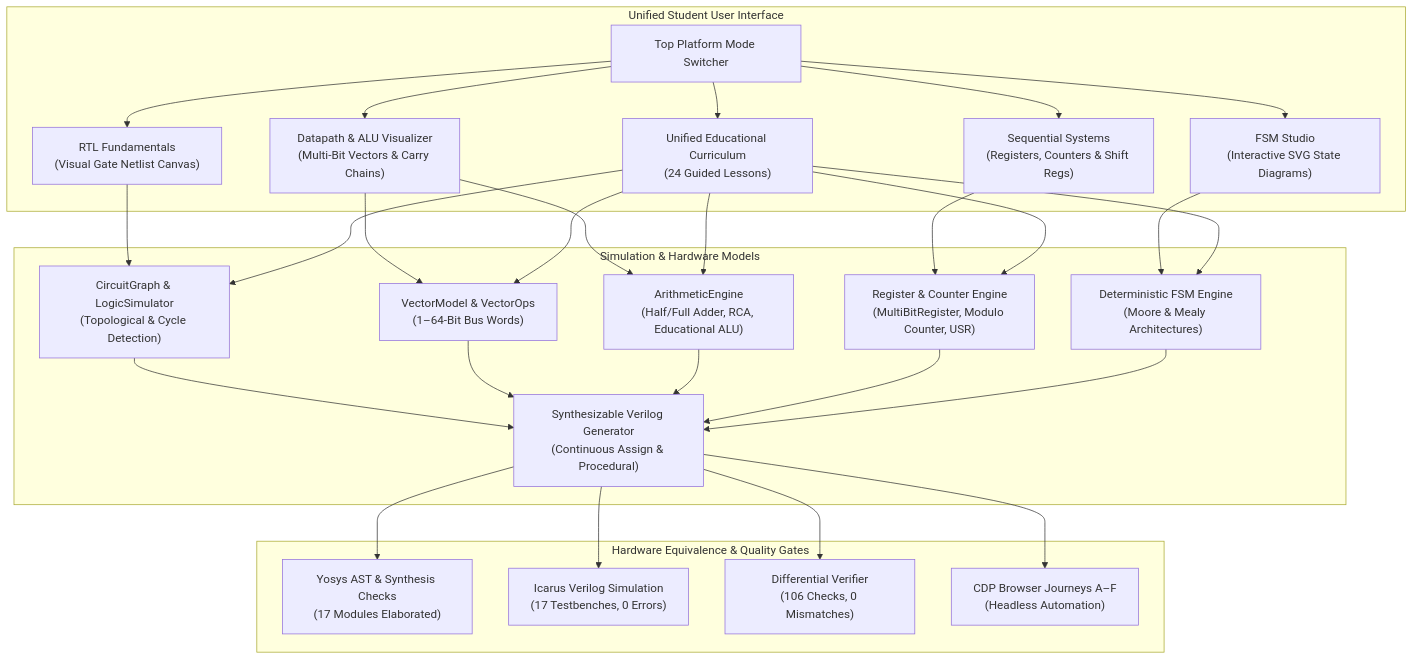
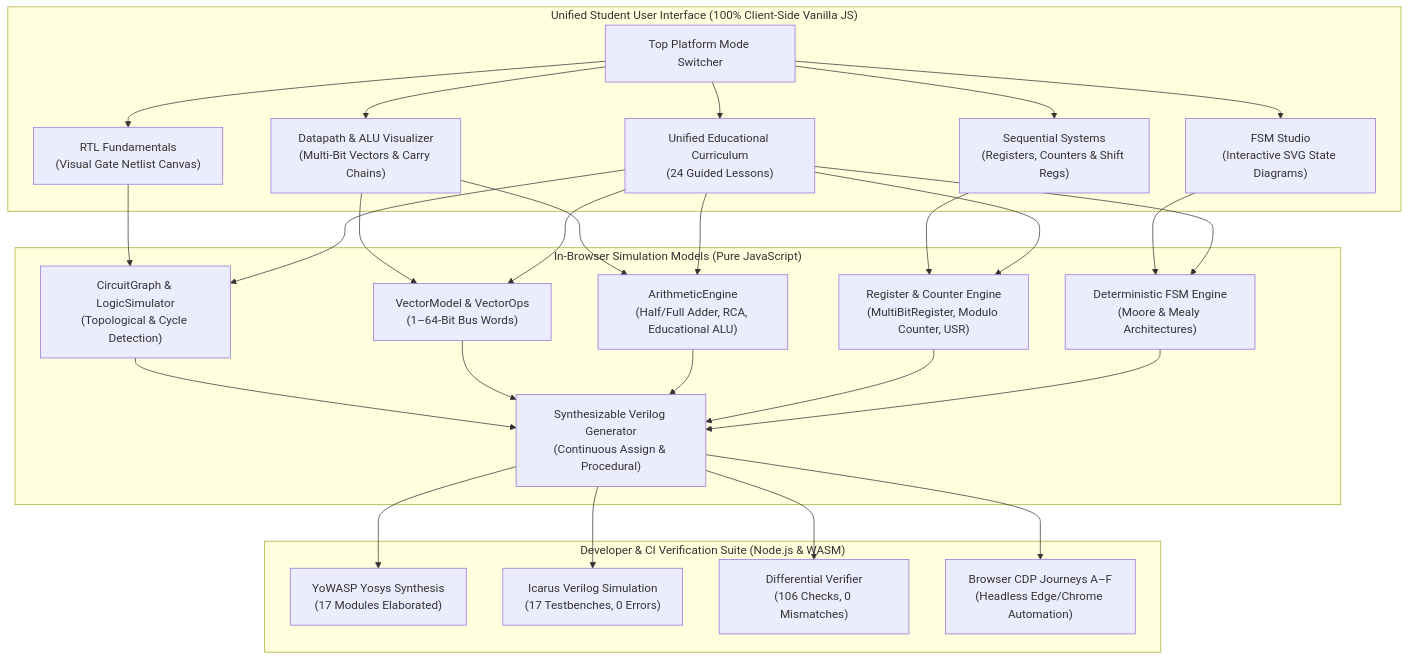
Before and after one commit to ppawar-7/rtl-playground: the diagram in README.md, drawn with Mermaid. The commit also changed other lines of this file and 13 other files, not shown here.

````diff
--- a/README.md
+++ b/README.md
@@ -35,37 +37,37 @@
 ```mermaid
 flowchart TD
-    subgraph UI ["Unified Student User Interface"]
+    subgraph UI ["Unified Student User Interface (100% Client-Side Vanilla JS)"]
         TOPNAV["Top Platform Mode Switcher"]
         FUND["RTL Fundamentals\n(Visual Gate Netlist Canvas)"]
         DP["Datapath & ALU Visualizer\n(Multi-Bit Vectors & Carry Chains)"]
         SEQ["Sequential Systems\n(Registers, Counters & Shift Regs)"]
         FSM["FSM Studio\n(Interactive SVG State Diagrams)"]
         LESSONS["Unified Educational Curriculum\n(24 Guided Lessons)"]
     end
 
-    subgraph Engines ["Simulation & Hardware Models"]
+    subgraph Engines ["In-Browser Simulation Models (Pure JavaScript)"]
         CG["CircuitGraph & LogicSimulator\n(Topological & Cycle Detection)"]
         VM["VectorModel & VectorOps\n(1–64-Bit Bus Words)"]
         ARITH["ArithmeticEngine\n(Half/Full Adder, RCA, Educational ALU)"]
         REG_SEQ["Register & Counter Engine\n(MultiBitRegister, Modulo Counter, USR)"]
         FSM_ENG["Deterministic FSM Engine\n(Moore & Mealy Architectures)"]
         VERILOG["Synthesizable Verilog Generator\n(Continuous Assign & Procedural)"]
     end
 
-    subgraph Verification ["Hardware Equivalence & Quality Gates"]
-        YOSYS["Yosys AST & Synthesis Checks\n(17 Modules Elaborated)"]
+    subgraph Verification ["Developer & CI Verification Suite (Node.js & WASM)"]
+        YOSYS["YoWASP Yosys Synthesis\n(17 Modules Elaborated)"]
         IVERILOG["Icarus Verilog Simulation\n(17 Testbenches, 0 Errors)"]
         DIFF["Differential Verifier\n(106 Checks, 0 Mismatches)"]
-        E2E["CDP Browser Journeys A–F\n(Headless Automation)"]
+        E2E["Browser CDP Journeys A–F\n(Headless Edge/Chrome Automation)"]
     end
 
     TOPNAV --> FUND & DP & SEQ & FSM & LESSONS
     FUND --> CG
     DP --> VM & ARITH
     SEQ --> REG_SEQ
     FSM --> FSM_ENG
     LESSONS --> CG & VM & ARITH & REG_SEQ & FSM_ENG
 
     CG & VM & ARITH & REG_SEQ & FSM_ENG --> VERILOG
     VERILOG --> YOSYS & IVERILOG & DIFF & E2E
 ```
````
